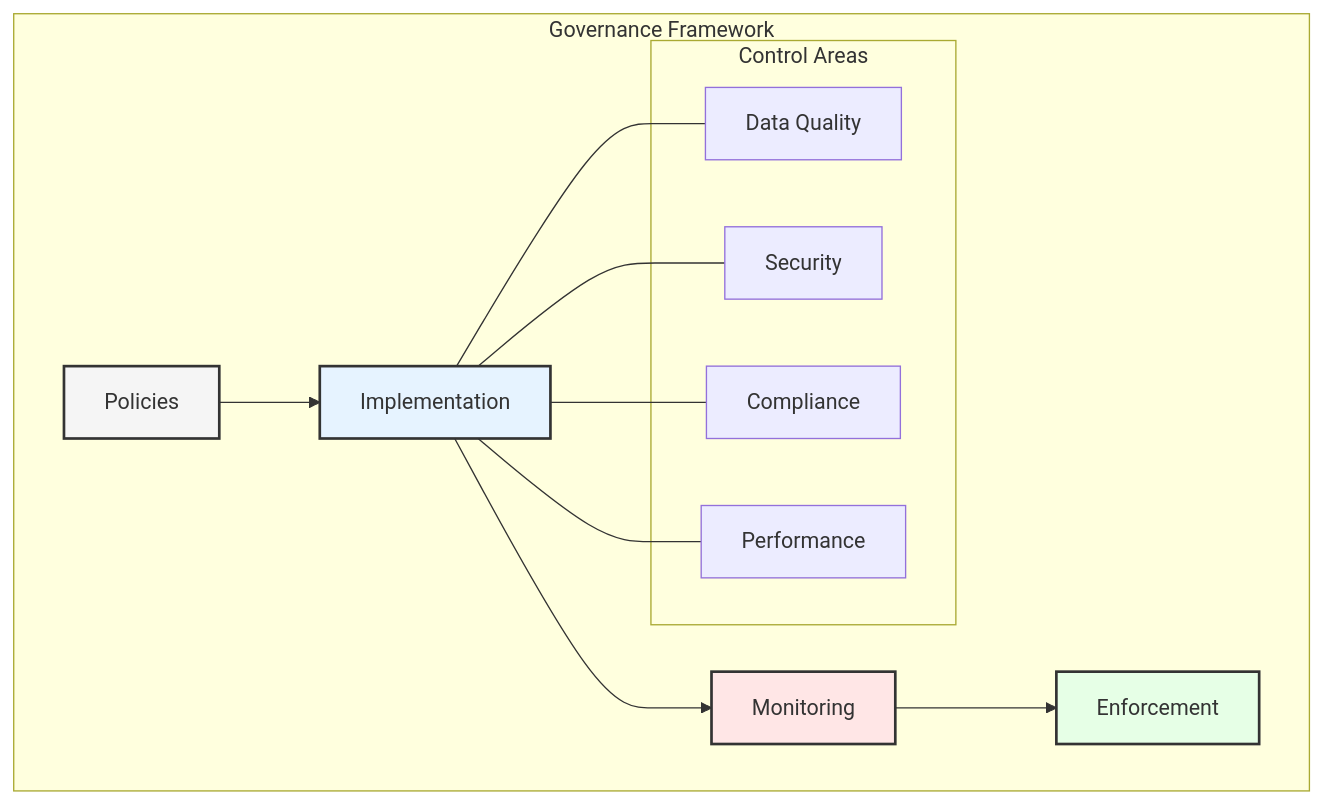
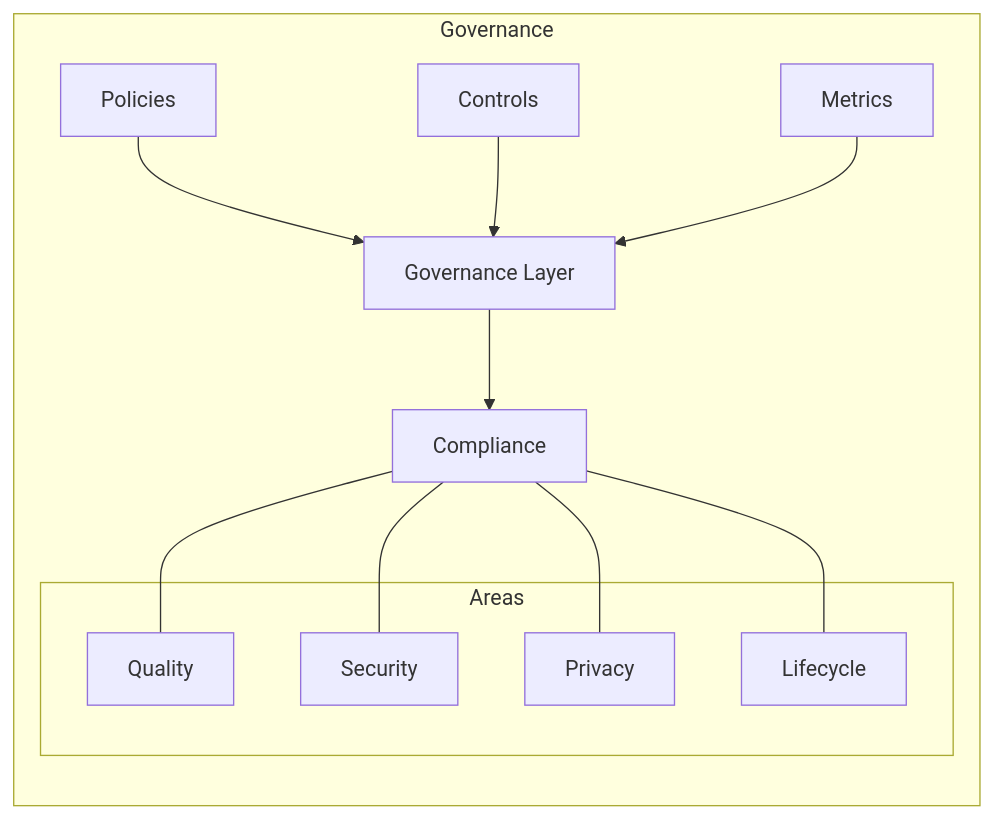
Before and after one commit to data-octo/agentic_ai_research: the sixth of 7 diagrams in enterprise_data_architecture/chapters/08_implementation.md, drawn with Mermaid. The commit also changed other lines of this file and 11 other files, not shown here.

````diff
--- a/enterprise_data_architecture/chapters/08_implementation.md
+++ b/enterprise_data_architecture/chapters/08_implementation.md
@@ -175,25 +244,21 @@
 ```mermaid
-graph TB
-    subgraph "Governance Framework"
-        A[Policies] --> B[Implementation]
-        B --> C[Monitoring]
-        C --> D[Enforcement]
+graph LR
+    subgraph "Governance"
+        A[Policies] --> D[Governance Layer]
+        B[Controls] --> D
+        C[Metrics] --> D
+        D --> E[Compliance]
         
-        subgraph "Control Areas"
-            E[Data Quality]
-            F[Security]
-            G[Compliance]
-            H[Performance]
+        subgraph "Areas"
+            F[Quality]
+            G[Security]
+            H[Privacy]
+            I[Lifecycle]
         end
         
-        B --- E
-        B --- F
-        B --- G
-        B --- H
+        E --- F
+        E --- G
+        E --- H
+        E --- I
     end
-    
-    style A fill:#f5f5f5,stroke:#333,stroke-width:2px
-    style B fill:#e6f3ff,stroke:#333,stroke-width:2px
-    style C fill:#ffe6e6,stroke:#333,stroke-width:2px
-    style D fill:#e6ffe6,stroke:#333,stroke-width:2px
 ```
````
